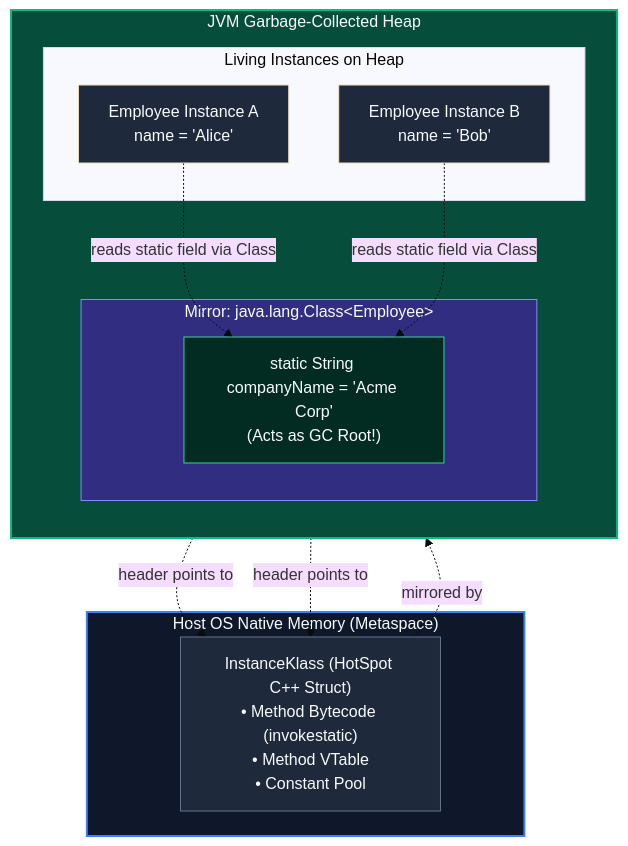
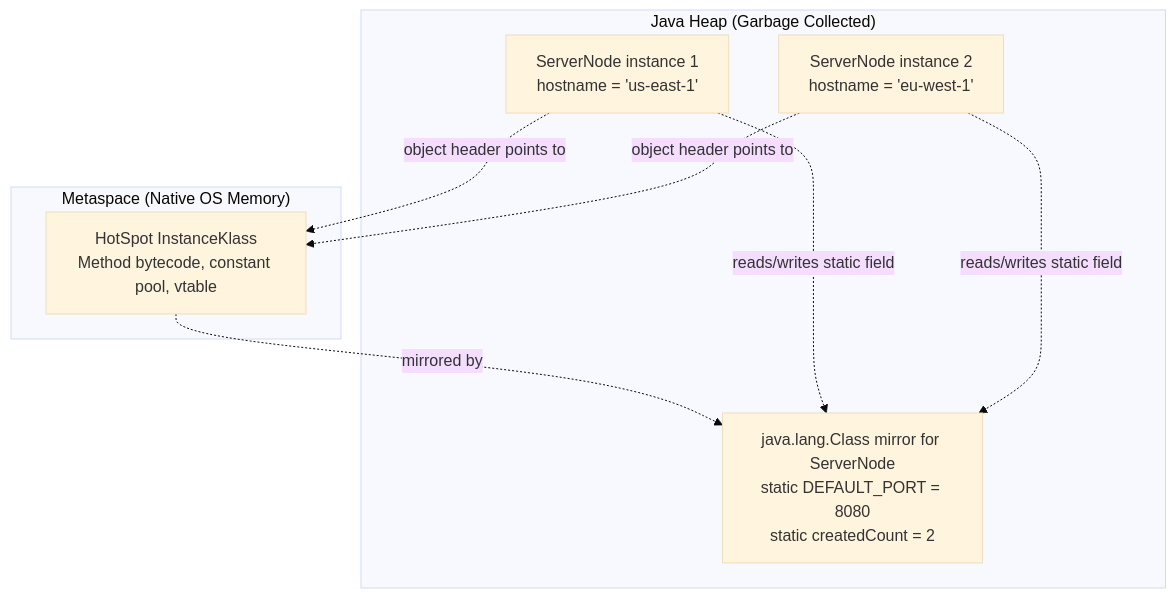
Before and after one commit to ravishankar2463/java_hub: the first of 2 diagrams in content/roadmap/level-1/the-static-keyword.md, drawn with Mermaid (base theme). The commit also changed other lines of this file and 119 other files, not shown here.

Commit message:
feat: add comprehensive java learning roadmap content across multiple levels

````diff
--- a/content/roadmap/level-1/the-static-keyword.md
+++ b/content/roadmap/level-1/the-static-keyword.md
@@ -32,31 +58,18 @@
 ```mermaid
 flowchart TD
-    subgraph NativeRAM ["Host OS Native Memory (Metaspace)"]
-        IK["InstanceKlass (HotSpot C++ Struct)<br/>• Method Bytecode (invokestatic)<br/>• Method VTable<br/>• Constant Pool"]
+    subgraph nativeMem ["Metaspace (Native OS Memory)"]
+        klass["HotSpot InstanceKlass<br/>Method bytecode, constant pool, vtable"]
     end
 
-    subgraph JavaHeap ["JVM Garbage-Collected Heap"]
-        direction TB
-        subgraph ClassMirror ["Mirror: java.lang.Class&lt;Employee&gt;"]
-            StaticField["static String companyName = 'Acme Corp'<br/>(Acts as GC Root!)"]
-        end
-        subgraph Instances ["Living Instances on Heap"]
-            E1["Employee Instance A<br/>name = 'Alice'"]
-            E2["Employee Instance B<br/>name = 'Bob'"]
-        end
+    subgraph heapMem ["Java Heap (Garbage Collected)"]
+        mirror["java.lang.Class mirror for ServerNode<br/>static DEFAULT_PORT = 8080<br/>static createdCount = 2"]
+        n1["ServerNode instance 1<br/>hostname = 'us-east-1'"]
+        n2["ServerNode instance 2<br/>hostname = 'eu-west-1'"]
     end
 
-    IK -.->|"mirrored by"| ClassMirror
-    E1 -.->|"header points to"| IK
-    E2 -.->|"header points to"| IK
-    E1 -.->|"reads static field via Class"| StaticField
-    E2 -.->|"reads static field via Class"| StaticField
-
-    style NativeRAM fill:#0f172a,stroke:#3b82f6,stroke-width:2px,color:#f8fafc
-    style JavaHeap fill:#064e3b,stroke:#10b981,stroke-width:2px,color:#f8fafc
-    style IK fill:#1e293b,stroke:#64748b,color:#f8fafc
-    style ClassMirror fill:#312e81,stroke:#818cf8,color:#f8fafc
-    style StaticField fill:#022c22,stroke:#34d399,color:#f8fafc
-    style E1 fill:#1e293b,color:#f8fafc
-    style E2 fill:#1e293b,color:#f8fafc
+    klass -.->|"mirrored by"| mirror
+    n1 -.->|"object header points to"| klass
+    n2 -.->|"object header points to"| klass
+    n1 -.->|"reads/writes static field"| mirror
+    n2 -.->|"reads/writes static field"| mirror
 ```
````
